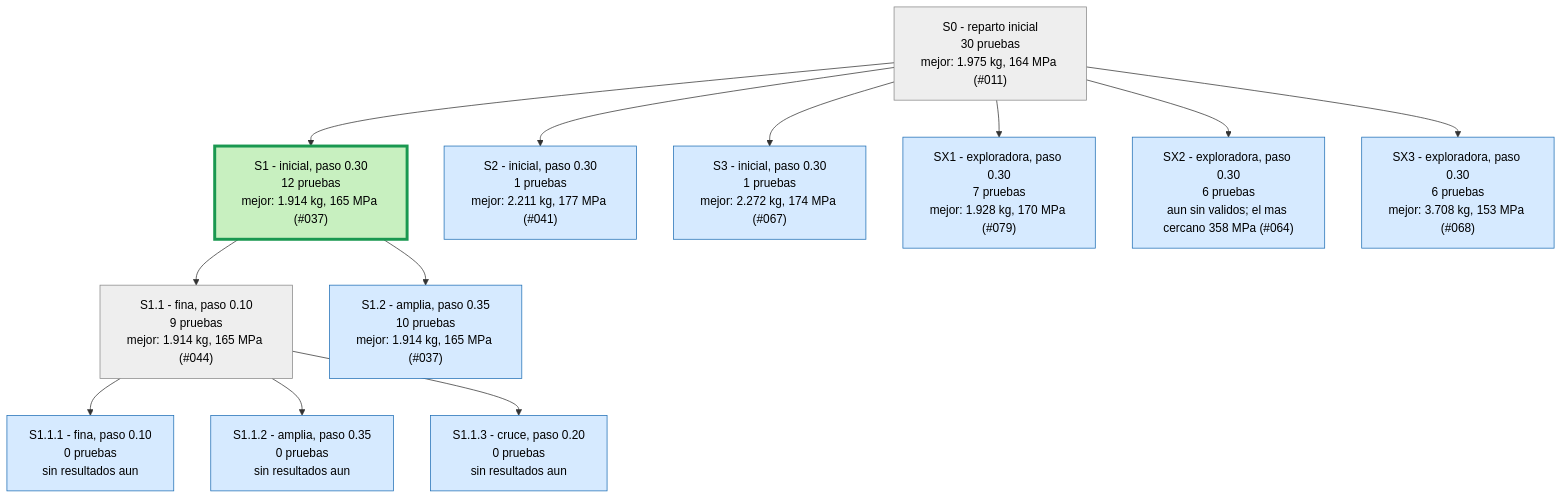
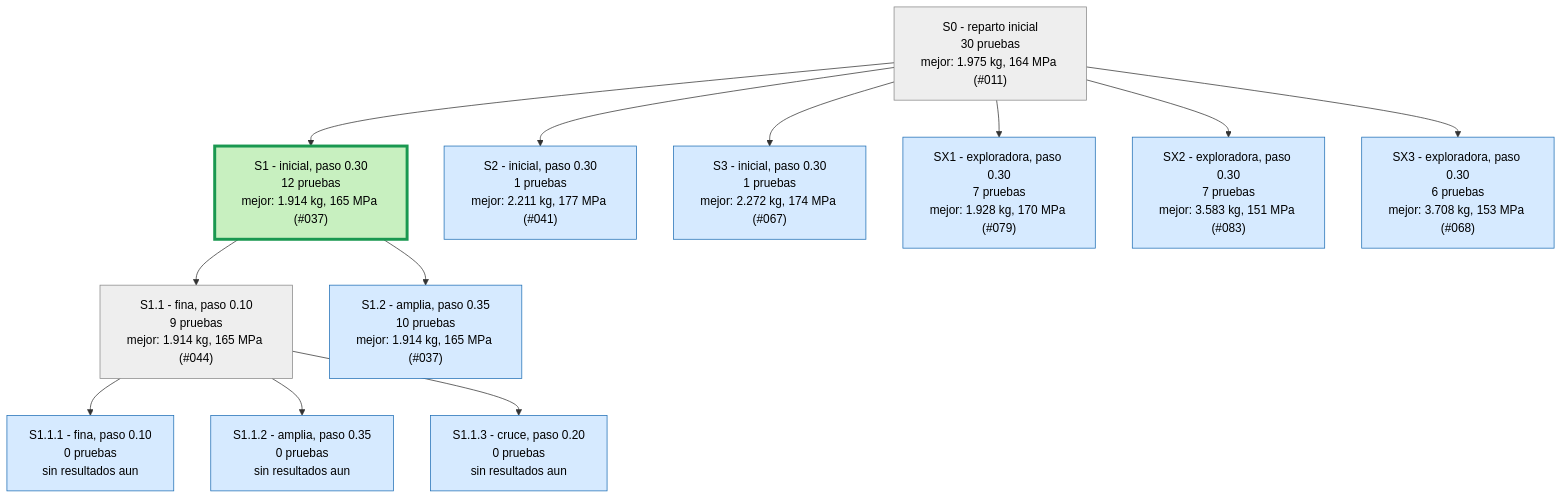
The first of 4 diagrams in runs/opt_37800N/ARBOL.md (Hugiko/msd-soporte-optimizacion), drawn with Mermaid before and after one commit. The commit also changed 22 other files, not shown here.

````diff
--- a/runs/opt_37800N/ARBOL.md
+++ b/runs/opt_37800N/ARBOL.md
@@ -9,29 +9,29 @@
 ```mermaid
 graph TD
 classDef activa fill:#d6eaff,stroke:#1f6fb5,color:#000
 classDef fin fill:#eeeeee,stroke:#888,color:#000
 classDef mejor fill:#c8f0c0,stroke:#1a9850,stroke-width:4px,color:#000
 S0["S0 - reparto inicial<br/>30 pruebas<br/>mejor: 1.975 kg, 164 MPa (#011)"]:::fin
 S1["S1 - inicial, paso 0.30<br/>12 pruebas<br/>mejor: 1.914 kg, 165 MPa (#037)"]:::mejor
 S0 --> S1
 S2["S2 - inicial, paso 0.30<br/>1 pruebas<br/>mejor: 2.211 kg, 177 MPa (#041)"]:::activa
 S0 --> S2
 S3["S3 - inicial, paso 0.30<br/>1 pruebas<br/>mejor: 2.272 kg, 174 MPa (#067)"]:::activa
 S0 --> S3
 S1_1["S1.1 - fina, paso 0.10<br/>9 pruebas<br/>mejor: 1.914 kg, 165 MPa (#044)"]:::fin
 S1 --> S1_1
 S1_2["S1.2 - amplia, paso 0.35<br/>10 pruebas<br/>mejor: 1.914 kg, 165 MPa (#037)"]:::activa
 S1 --> S1_2
 S1_1_1["S1.1.1 - fina, paso 0.10<br/>0 pruebas<br/>sin resultados aun"]:::activa
 S1_1 --> S1_1_1
 S1_1_2["S1.1.2 - amplia, paso 0.35<br/>0 pruebas<br/>sin resultados aun"]:::activa
 S1_1 --> S1_1_2
 S1_1_3["S1.1.3 - cruce, paso 0.20<br/>0 pruebas<br/>sin resultados aun"]:::activa
 S1_1 --> S1_1_3
 SX1["SX1 - exploradora, paso 0.30<br/>7 pruebas<br/>mejor: 1.928 kg, 170 MPa (#079)"]:::activa
 S0 --> SX1
-SX2["SX2 - exploradora, paso 0.30<br/>6 pruebas<br/>aun sin validos; el mas cercano 358 MPa (#064)"]:::activa
+SX2["SX2 - exploradora, paso 0.30<br/>7 pruebas<br/>mejor: 3.583 kg, 151 MPa (#083)"]:::activa
 S0 --> SX2
 SX3["SX3 - exploradora, paso 0.30<br/>6 pruebas<br/>mejor: 3.708 kg, 153 MPa (#068)"]:::activa
 S0 --> SX3
 ```
````
